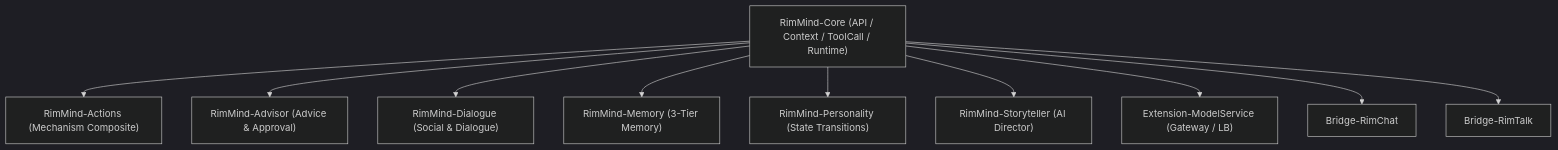
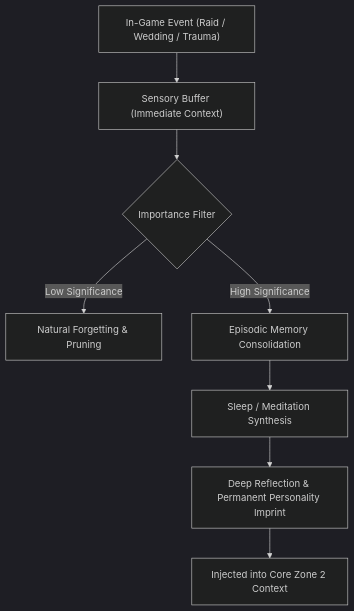
One commit to RimWorld-RimMind-Mod/RimWorld-RimMind-Mod-Memory changed the diagram in README.md. Above: the diagram before and after it, drawn with Mermaid (dark theme). The commit also changed other lines of this file and 2 other files, not shown here.

````diff
--- a/README.md
+++ b/README.md
@@ -24,13 +41,10 @@
 ```mermaid
-graph TD
-    Core["RimMind-Core (API / Context / ToolCall / Runtime)"]
-    Core --> Actions["RimMind-Actions (Mechanism Composite)"]
-    Core --> Advisor["RimMind-Advisor (Advice & Approval)"]
-    Core --> Dialogue["RimMind-Dialogue (Social & Dialogue)"]
-    Core --> Memory["RimMind-Memory (3-Tier Memory)"]
-    Core --> Personality["RimMind-Personality (State Transitions)"]
-    Core --> Storyteller["RimMind-Storyteller (AI Director)"]
-    Core --> ModelService["Extension-ModelService (Gateway / LB)"]
-    Core --> BridgeRimChat["Bridge-RimChat"]
-    Core --> BridgeRimTalk["Bridge-RimTalk"]
+flowchart TD
+    RawEvent["In-Game Event (Raid / Wedding / Trauma)"] --> L1["Sensory Buffer (Immediate Context)"]
+    L1 --> Filter{"Importance Filter"}
+    Filter -- Low Significance --> Decay["Natural Forgetting & Pruning"]
+    Filter -- High Significance --> L2["Episodic Memory Consolidation"]
+    L2 --> Synthesis["Sleep / Meditation Synthesis"]
+    Synthesis --> L3["Deep Reflection & Permanent Personality Imprint"]
+    L3 --> Prompt["Injected into Core Zone 2 Context"]
 ```
````
